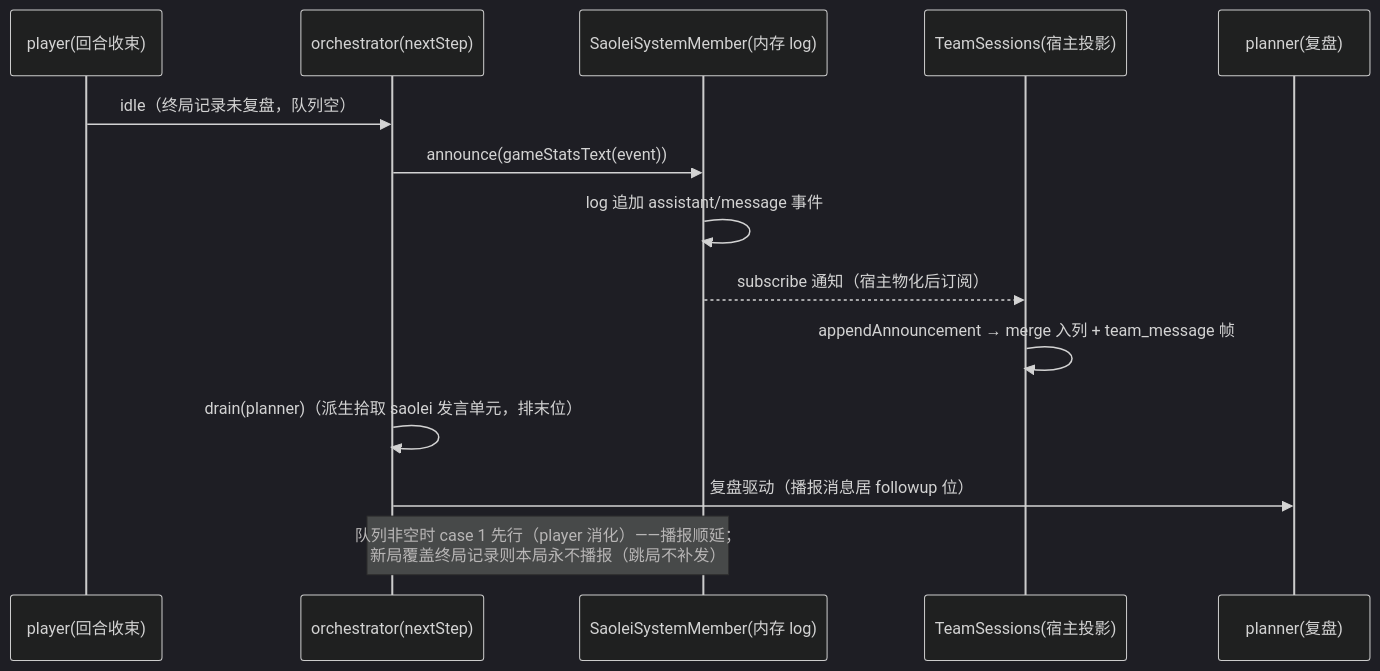
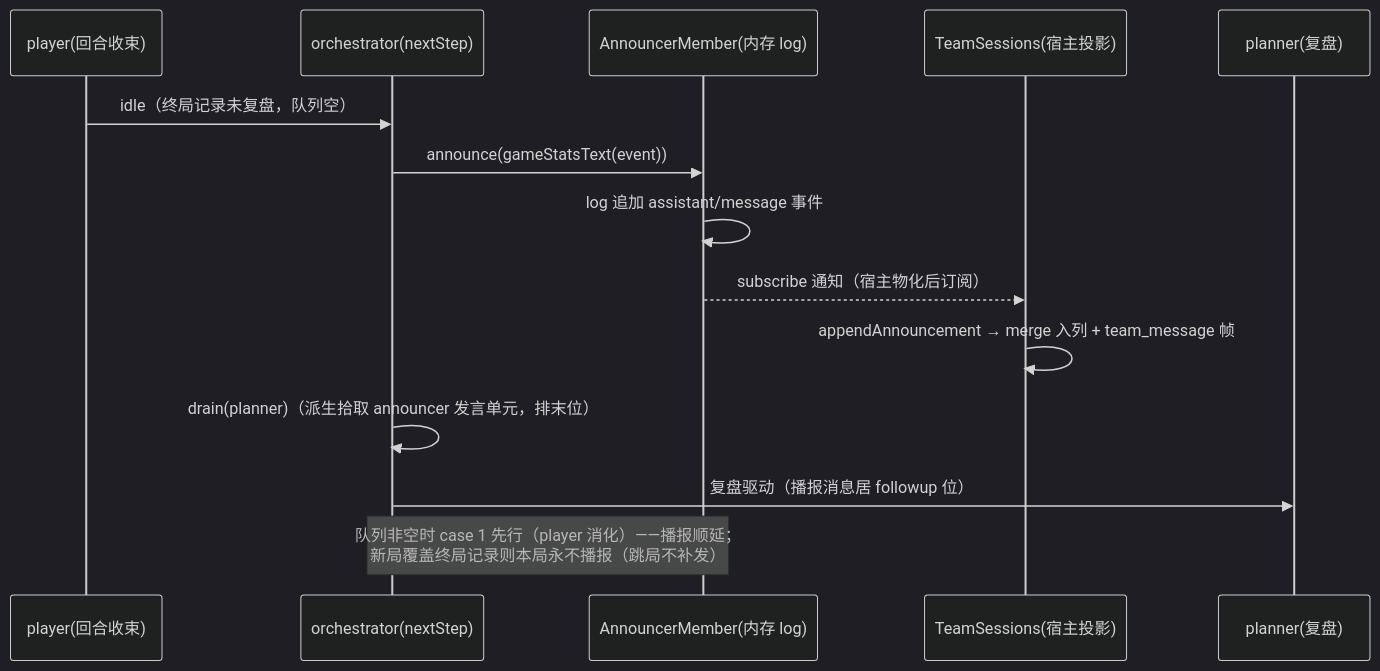
Before and after one commit to LiuKexin255/dominion: the diagram in specs/065-agent-v2-team-refine/data-model.md, drawn with Mermaid (dark theme). The commit also changed other lines of this file and 531 other files, not shown here.

First line of the commit message:
077 announcer member unification (#46)

````diff
--- a/specs/065-agent-v2-team-refine/data-model.md
+++ b/specs/065-agent-v2-team-refine/data-model.md
@@ -76,17 +77,17 @@
 ```mermaid
 sequenceDiagram
     participant P as player(回合收束)
     participant O as orchestrator(nextStep)
-    participant S as SaoleiSystemMember(内存 log)
+    participant S as AnnouncerMember(内存 log)
     participant H as TeamSessions(宿主投影)
     participant L as planner(复盘)
 
     P->>O: idle（终局记录未复盘，队列空）
     O->>S: announce(gameStatsText(event))
     S->>S: log 追加 assistant/message 事件
     S-->>H: subscribe 通知（宿主物化后订阅）
     H->>H: appendAnnouncement → merge 入列 + team_message 帧
-    O->>O: drain(planner)（派生拾取 saolei 发言单元，排末位）
+    O->>O: drain(planner)（派生拾取 announcer 发言单元，排末位）
     O->>L: 复盘驱动（播报消息居 followup 位）
     Note over O,S: 队列非空时 case 1 先行（player 消化）——播报顺延；<br/>新局覆盖终局记录则本局永不播报（跳局不补发）
 ```
````
